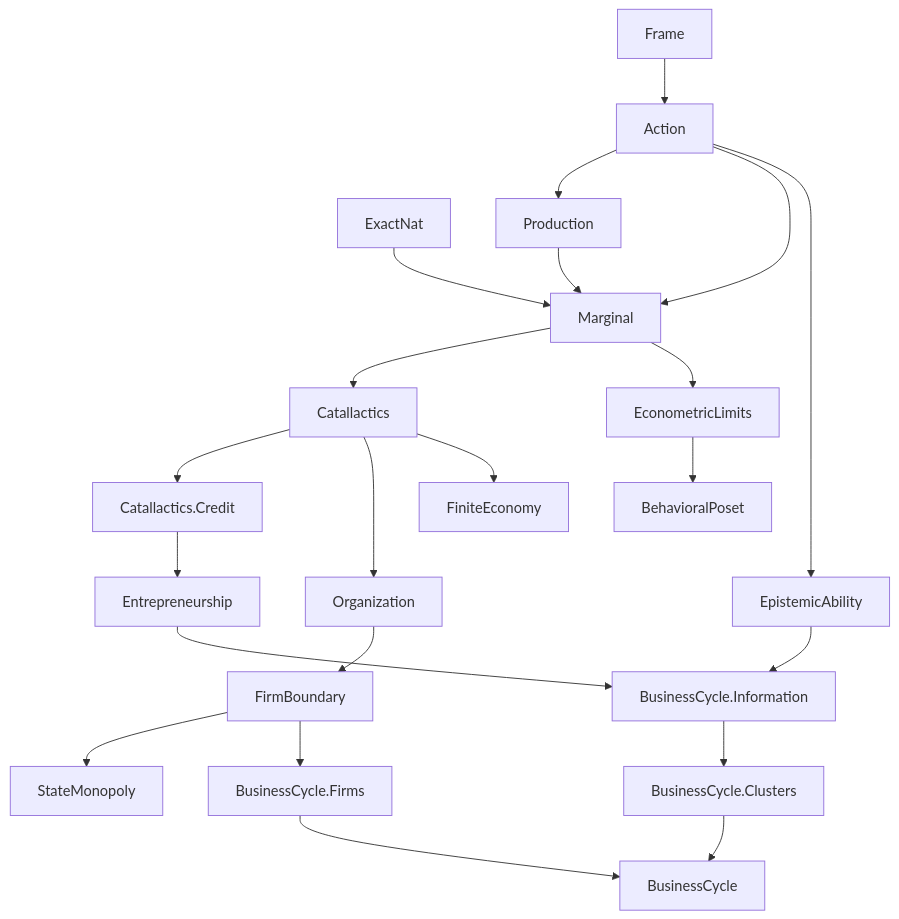
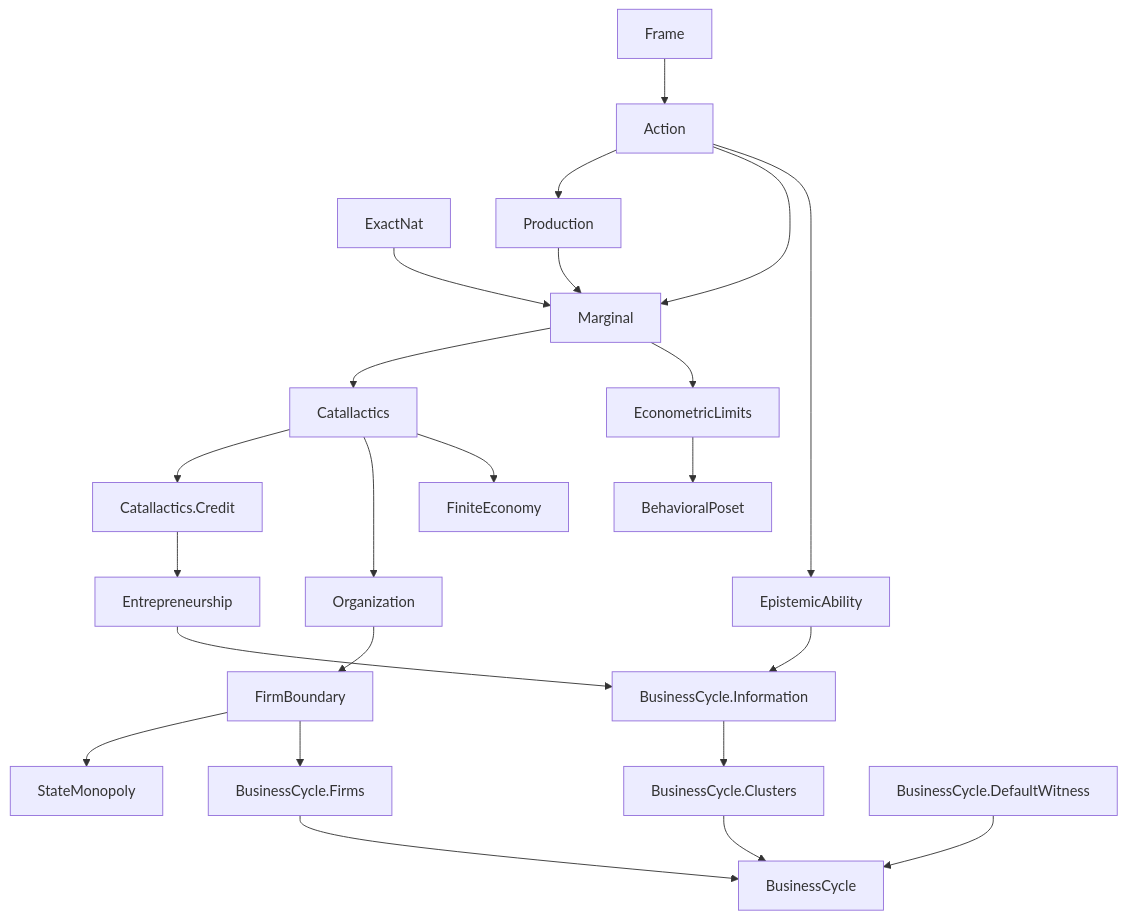
The diagram in README.md (AleryBerry/praxeology-lean), drawn with Mermaid before and after one commit. The commit also changed other lines of this file and 67 other files, not shown here.

````diff
--- a/README.md
+++ b/README.md
@@ -60,50 +60,52 @@
 ```mermaid
 flowchart TB
     ExactNat["ExactNat"]
     Frame["Frame"]
     Action["Action"]
     Production["Production"]
     Marginal["Marginal"]
     Catallactics["Catallactics"]
     CatallacticsCredit["Catallactics.Credit"]
     EpistemicAbility["EpistemicAbility"]
     Organization["Organization"]
     FirmBoundary["FirmBoundary"]
     StateMonopoly["StateMonopoly"]
     Entrepreneurship["Entrepreneurship"]
     CycleInfo["BusinessCycle.Information"]
     CycleClusters["BusinessCycle.Clusters"]
     CycleFirms["BusinessCycle.Firms"]
+    CycleDefault["BusinessCycle.DefaultWitness"]
     BusinessCycle["BusinessCycle"]
     EconometricLimits["EconometricLimits"]
     BehavioralPoset["BehavioralPoset"]
     FiniteEconomy["FiniteEconomy"]
 
     ExactNat --> Marginal
     Frame --> Action
     Action --> Production
     Action --> Marginal
     Production --> Marginal
     Action --> EpistemicAbility
 
     Marginal --> Catallactics
     Catallactics --> CatallacticsCredit
     CatallacticsCredit --> Entrepreneurship
 
     Catallactics --> Organization
     Organization --> FirmBoundary
     FirmBoundary --> StateMonopoly
 
     EpistemicAbility --> CycleInfo
     Entrepreneurship --> CycleInfo
     CycleInfo --> CycleClusters
     CycleClusters --> BusinessCycle
+    CycleDefault --> BusinessCycle
 
     FirmBoundary --> CycleFirms
     CycleFirms --> BusinessCycle
 
     Marginal --> EconometricLimits
     EconometricLimits --> BehavioralPoset
 
     Catallactics --> FiniteEconomy
 ```
````
